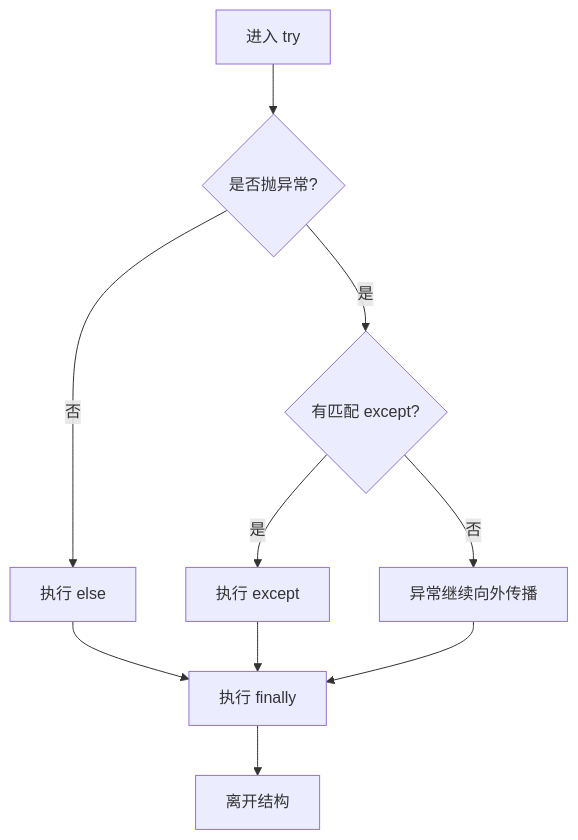
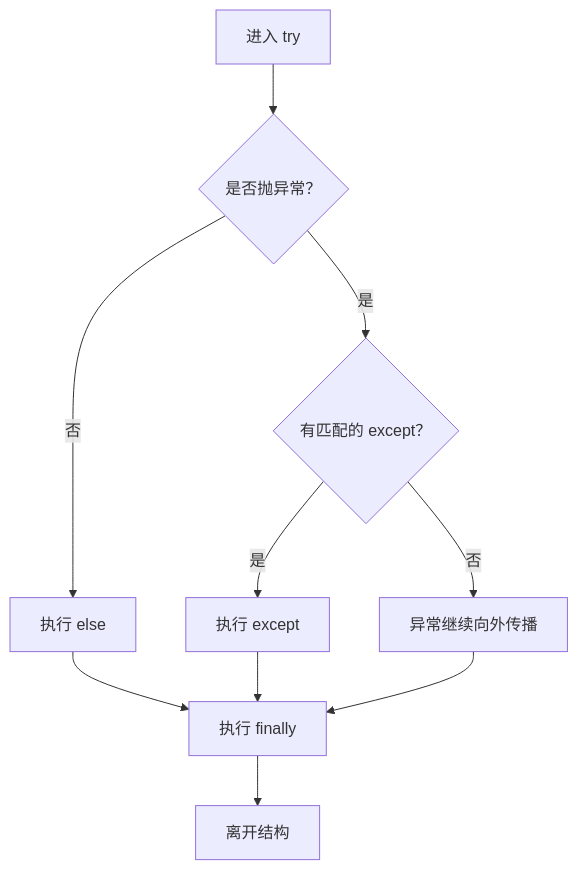
The first of 3 diagrams in review/09-异常-文件-模块与导入-图解与自测.md (studyzhige-ui/python-interview-handbook), drawn with Mermaid before and after one commit. The commit also changed other lines of this file and 11 other files, not shown here.

First line of the commit message:
fix: repair Mermaid rendering across review chapters

````diff
--- a/review/09-异常-文件-模块与导入-图解与自测.md
+++ b/review/09-异常-文件-模块与导入-图解与自测.md
@@ -7,12 +7,12 @@
 ```mermaid
 flowchart TD
-    A[进入 try] --> B{是否抛异常?}
-    B -- 否 --> C[执行 else]
-    B -- 是 --> D{有匹配 except?}
-    D -- 是 --> E[执行 except]
-    D -- 否 --> F[异常继续向外传播]
-    C --> G[执行 finally]
+    A["进入 try"] --> B{"是否抛异常？"}
+    B -->|否| C["执行 else"]
+    B -->|是| D{"有匹配的 except？"}
+    D -->|是| E["执行 except"]
+    D -->|否| F["异常继续向外传播"]
+    C --> G["执行 finally"]
     E --> G
     F --> G
-    G --> H[离开结构]
+    G --> H["离开结构"]
 ```
````
